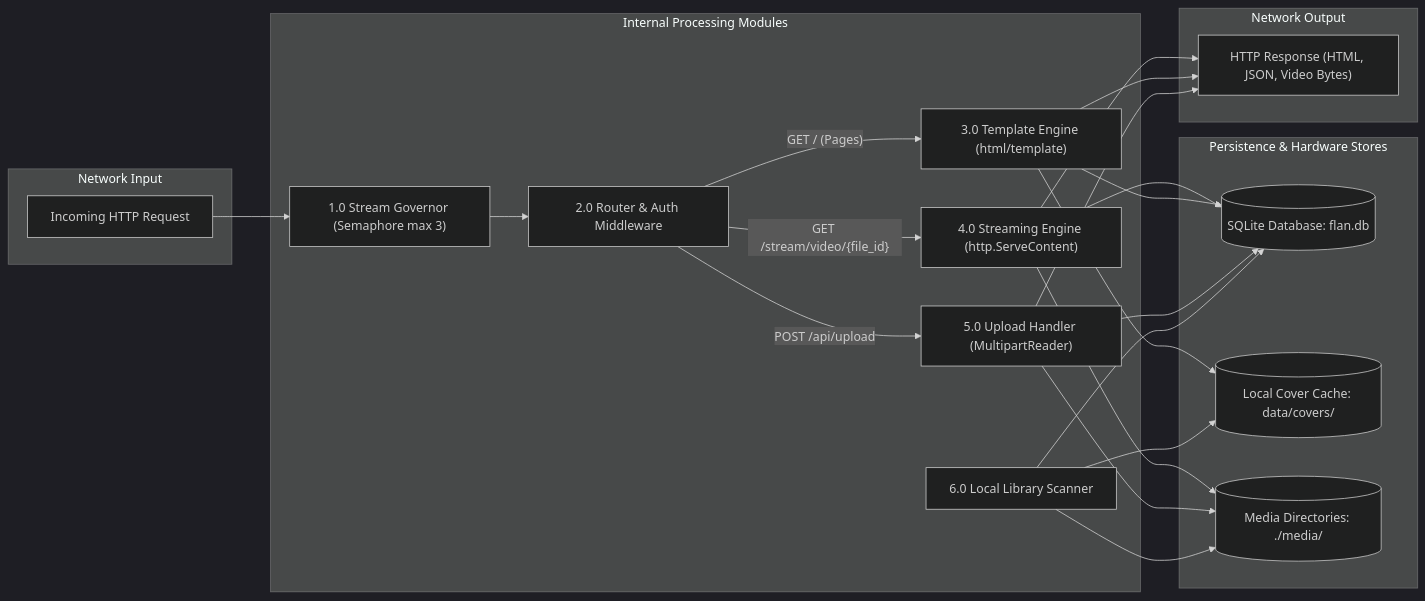
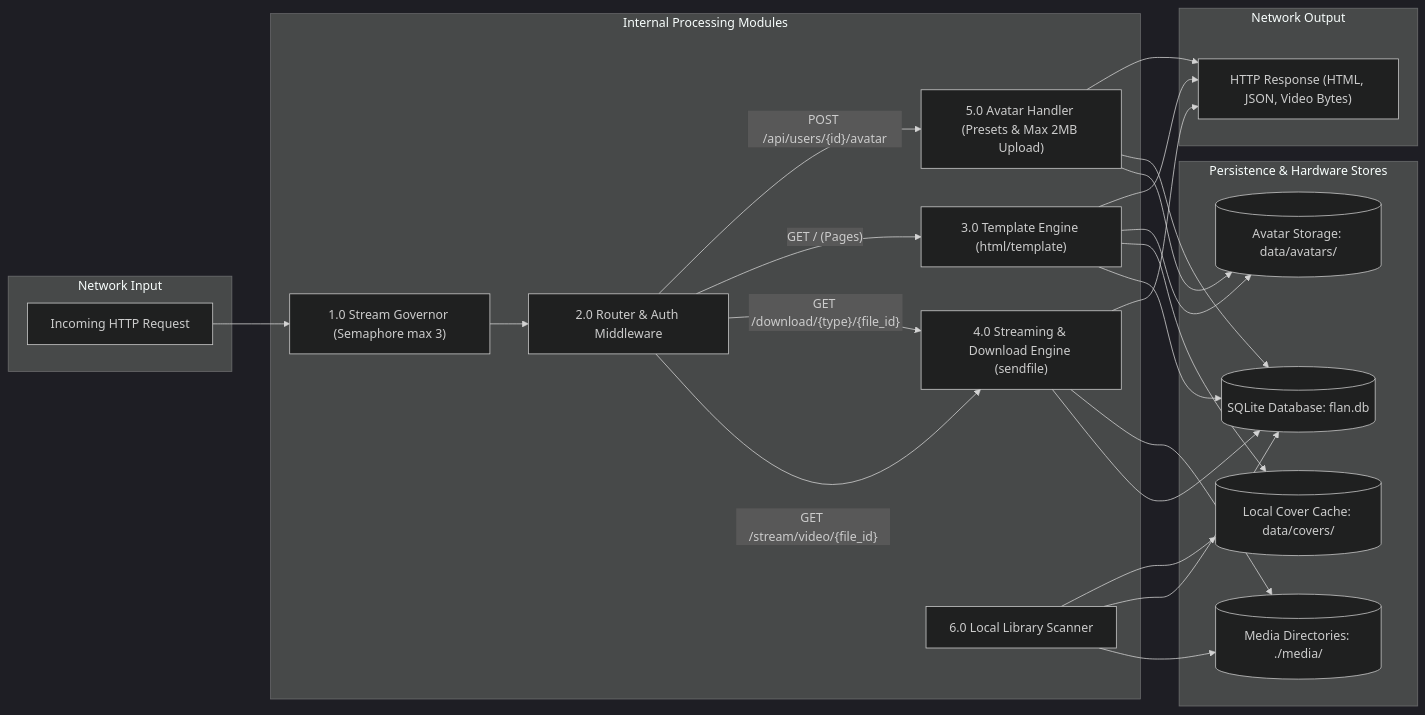
Before and after one commit to WesleyEsq/Flan-Media-Server: the second of 6 diagrams in docs/diagrams/data-flow.md, drawn with Mermaid (dark theme). The commit also changed other lines of this file and 15 other files, not shown here.

````diff
--- a/docs/diagrams/data-flow.md
+++ b/docs/diagrams/data-flow.md
@@ -43,43 +43,46 @@
 ```mermaid
 flowchart LR
     subgraph Input["Network Input"]
         Request["Incoming HTTP Request"]
     end
 
     subgraph Core["Internal Processing Modules"]
         Governor["1.0 Stream Governor (Semaphore max 3)"]
         Router["2.0 Router & Auth Middleware"]
         PageEngine["3.0 Template Engine (html/template)"]
-        StreamEngine["4.0 Streaming Engine (http.ServeContent)"]
-        UploadEngine["5.0 Upload Handler (MultipartReader)"]
+        StreamEngine["4.0 Streaming & Download Engine (sendfile)"]
+        AvatarEngine["5.0 Avatar Handler (Presets & Max 2MB Upload)"]
         Scanner["6.0 Local Library Scanner"]
     end
 
     subgraph Stores["Persistence & Hardware Stores"]
         SQLite[("SQLite Database: flan.db")]
         Covers[("Local Cover Cache: data/covers/")]
+        Avatars[("Avatar Storage: data/avatars/")]
         HostDrives[("Media Directories: ./media/")]
     end
 
     subgraph Output["Network Output"]
         Response["HTTP Response (HTML, JSON, Video Bytes)"]
     end
 
     Request --> Governor
     Governor --> Router
     Router -- "GET /stream/video/{file_id}" --> StreamEngine
+    Router -- "GET /download/{type}/{file_id}" --> StreamEngine
     Router -- "GET / (Pages)" --> PageEngine
-    Router -- "POST /api/upload" --> UploadEngine
+    Router -- "POST /api/users/{id}/avatar" --> AvatarEngine
     StreamEngine --> SQLite
     StreamEngine --> HostDrives
     StreamEngine --> Response
     PageEngine --> SQLite
     PageEngine --> Covers
+    PageEngine --> Avatars
     PageEngine --> Response
-    UploadEngine --> HostDrives
-    UploadEngine --> SQLite
-    UploadEngine --> Response
+    AvatarEngine --> Avatars
+    AvatarEngine --> SQLite
+    AvatarEngine --> Response
     Scanner --> HostDrives
     Scanner --> SQLite
     Scanner --> Covers
 ```
````
